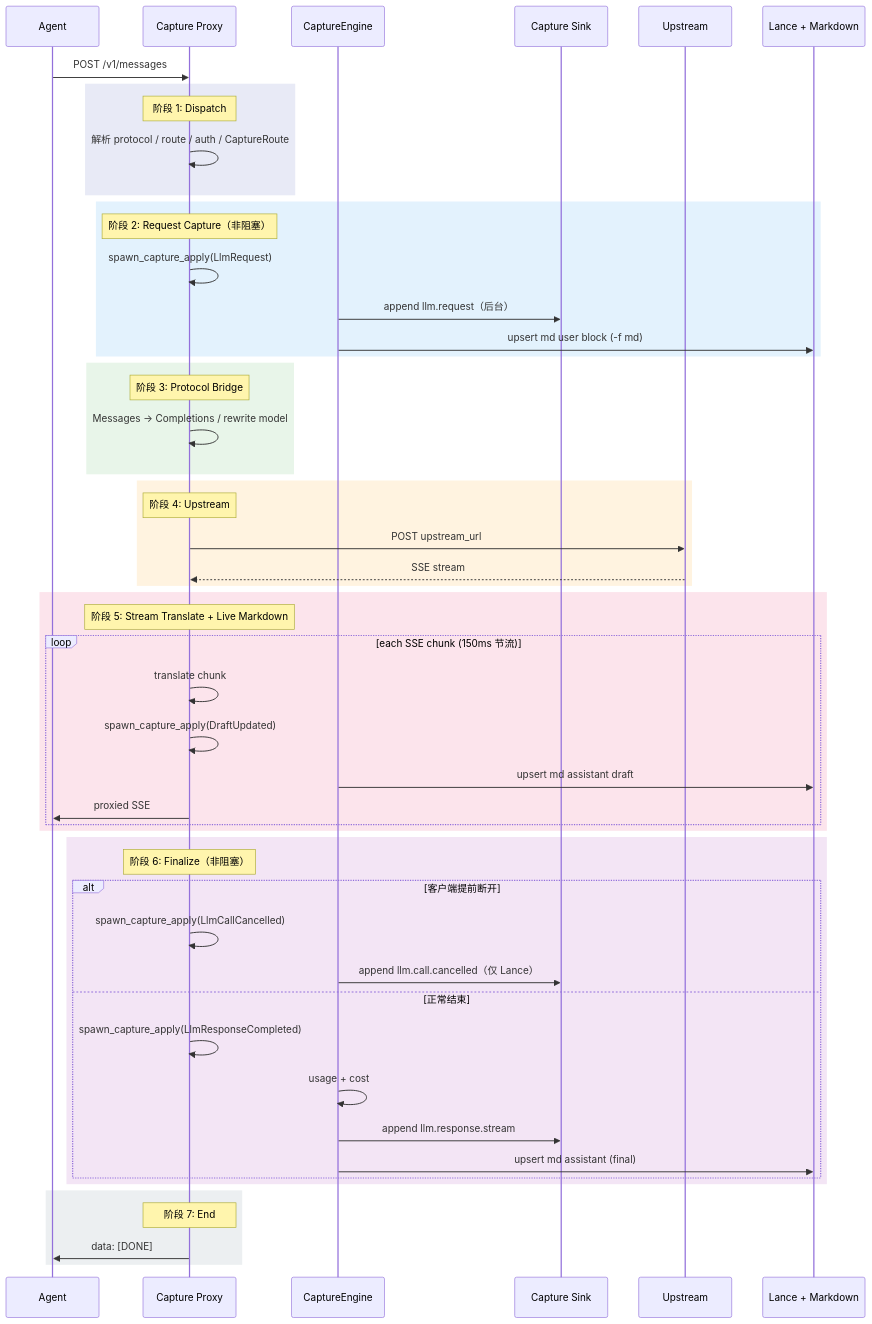
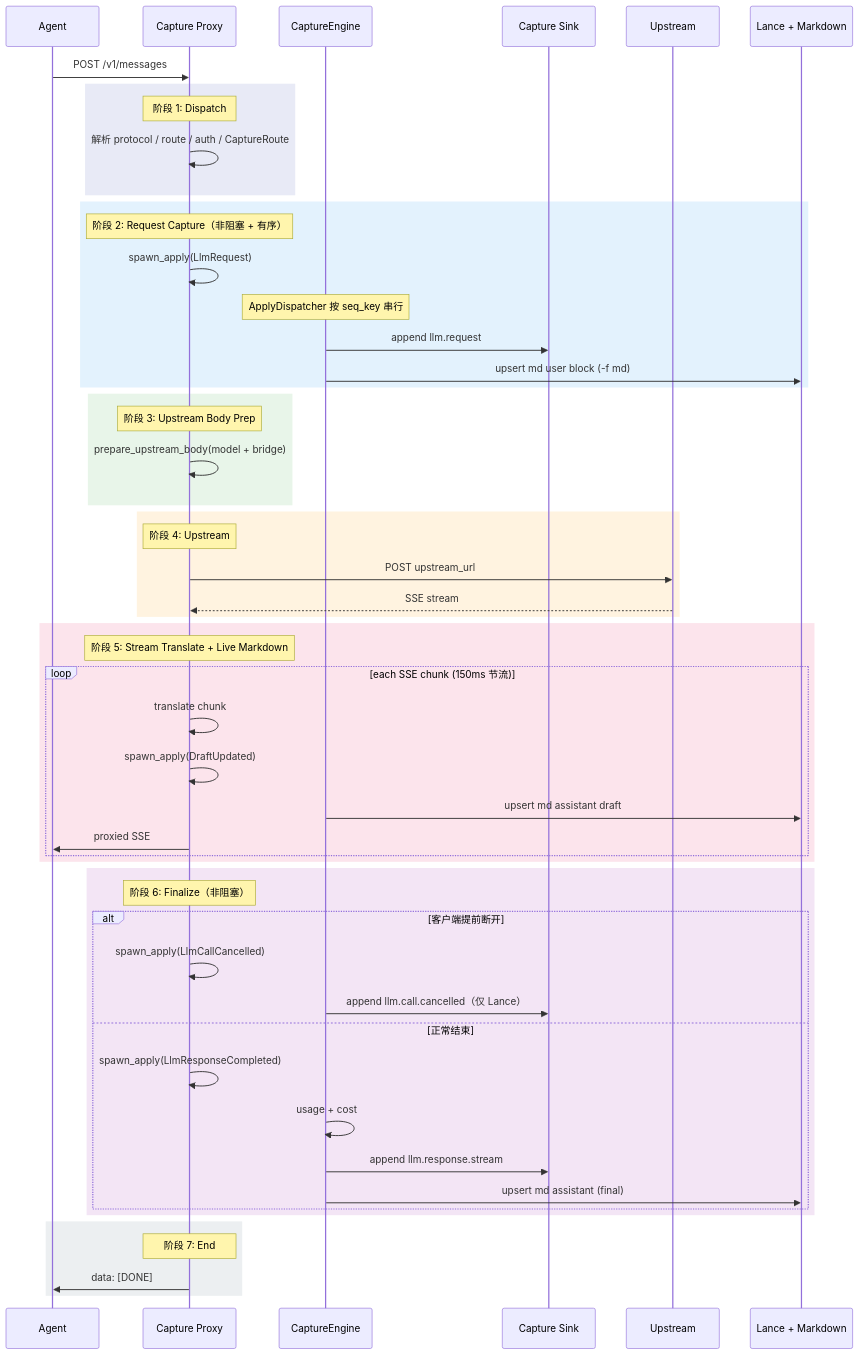
The second of 5 diagrams in docs/src/design/capture_design.zh.md (DeepLink-org/Persisting), drawn with Mermaid before and after one commit. The commit also changed other lines of this file and 243 other files, not shown here.

````diff
--- a/docs/src/design/capture_design.zh.md
+++ b/docs/src/design/capture_design.zh.md
@@ -174,62 +217,63 @@
 ```mermaid
 sequenceDiagram
     participant Agent
     participant Proxy as Capture Proxy
     participant Engine as CaptureEngine
     participant Sink as Capture Sink
     participant Upstream
     participant Storage as Lance + Markdown
 
     Agent->>Proxy: POST /v1/messages
 
     rect rgb(232, 234, 246)
         Note over Proxy: 阶段 1: Dispatch
         Proxy->>Proxy: 解析 protocol / route / auth / CaptureRoute
     end
 
     rect rgb(227, 242, 253)
-        Note over Proxy: 阶段 2: Request Capture（非阻塞）
-        Proxy->>Proxy: spawn_capture_apply(LlmRequest)
-        Engine->>Sink: append llm.request（后台）
+        Note over Proxy: 阶段 2: Request Capture（非阻塞 + 有序）
+        Proxy->>Proxy: spawn_apply(LlmRequest)
+        Note over Engine: ApplyDispatcher 按 seq_key 串行
+        Engine->>Sink: append llm.request
         Engine->>Storage: upsert md user block (-f md)
     end
 
     rect rgb(232, 245, 233)
-        Note over Proxy: 阶段 3: Protocol Bridge
-        Proxy->>Proxy: Messages → Completions / rewrite model
+        Note over Proxy: 阶段 3: Upstream Body Prep
+        Proxy->>Proxy: prepare_upstream_body(model + bridge)
     end
 
     rect rgb(255, 243, 224)
         Note over Proxy: 阶段 4: Upstream
         Proxy->>Upstream: POST upstream_url
         Upstream-->>Proxy: SSE stream
     end
 
     rect rgb(252, 228, 236)
         Note over Proxy: 阶段 5: Stream Translate + Live Markdown
         loop each SSE chunk (150ms 节流)
             Proxy->>Proxy: translate chunk
-            Proxy->>Proxy: spawn_capture_apply(DraftUpdated)
+            Proxy->>Proxy: spawn_apply(DraftUpdated)
             Engine->>Storage: upsert md assistant draft
             Proxy->>Agent: proxied SSE
         end
     end
 
     rect rgb(243, 229, 245)
         Note over Proxy: 阶段 6: Finalize（非阻塞）
         alt 客户端提前断开
-            Proxy->>Proxy: spawn_capture_apply(LlmCallCancelled)
+            Proxy->>Proxy: spawn_apply(LlmCallCancelled)
             Engine->>Sink: append llm.call.cancelled（仅 Lance）
         else 正常结束
-            Proxy->>Proxy: spawn_capture_apply(LlmResponseCompleted)
+            Proxy->>Proxy: spawn_apply(LlmResponseCompleted)
             Engine->>Engine: usage + cost
             Engine->>Sink: append llm.response.stream
             Engine->>Storage: upsert md assistant (final)
         end
     end
 
     rect rgb(236, 239, 241)
         Note over Proxy: 阶段 7: End
         Proxy->>Agent: data: [DONE]
     end
 ```
````
